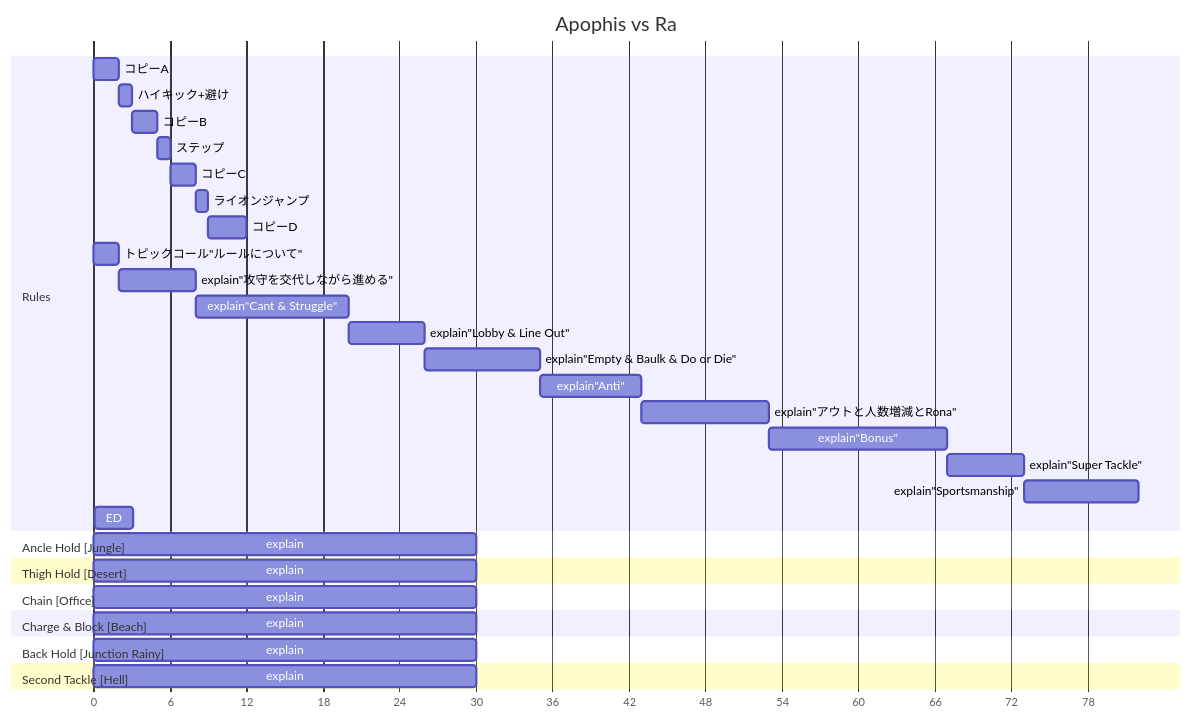
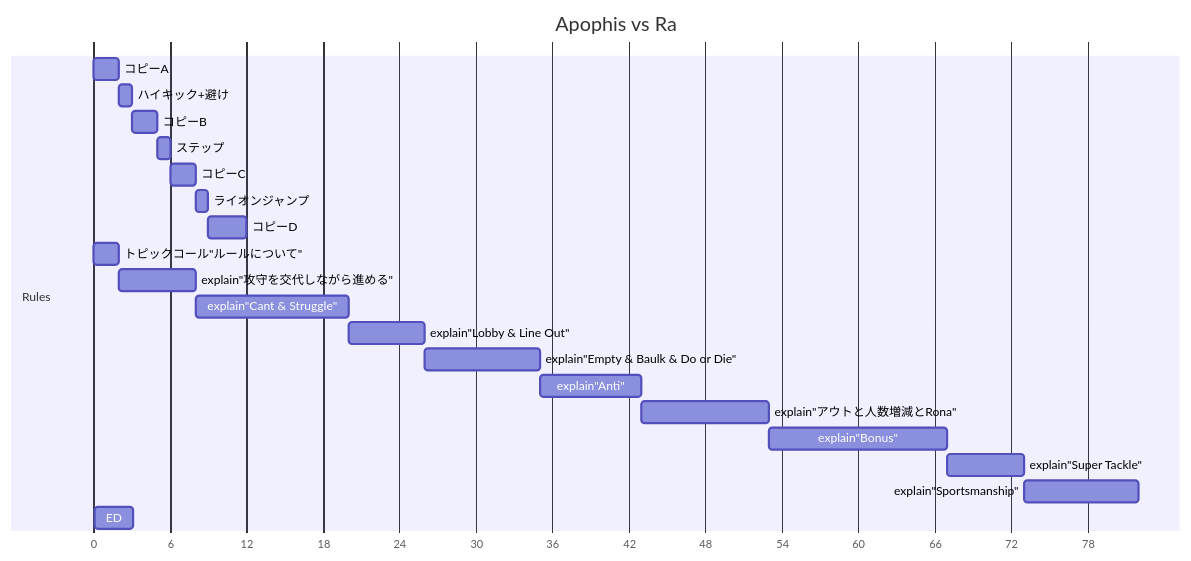
The first of 2 diagrams in README.md (4hoe8pow/Ancient), drawn with Mermaid before and after one commit. The commit also changed other lines of this file, not shown here.

````diff
--- a/README.md
+++ b/README.md
@@ -5,45 +5,31 @@
 ```mermaid
 gantt
     dateFormat  X
     axisFormat  %s
     tickInterval 6second
     title      Apophis vs Ra
     %% Unified to 97 seconds in total
 
     %% To avoid wasting time on titles like "Episode x: △△", use embedded objects in the opening scene for expression (it doesn't matter if it's unnoticed)
     %% ED === Next Episode Preview
 
     section Rules
     コピーA :e1, 0, 2s
     ハイキック+避け :e2, after e1, 1s
     コピーB : e3, after e2, 2s
     ステップ :e4, after e3, 1s
     コピーC : e5, after e4, 2s
     ライオンジャンプ :e6, after e5, 1s
     コピーD : e7, after e6, 3s
     トピックコール"ルールについて" : e8, 13, 2s
     explain"攻守を交代しながら進める" : e9, after e8, 6s
     explain"Cant & Struggle" : e10, after e9, 12s
     explain"Lobby & Line Out" : e11, after e10, 6s
     explain"Empty & Baulk & Do or Die" : e12, after e11, 9s
     explain"Anti" : e13, after e12, 8s
     explain"アウトと人数増減とRona" : e14, after e13, 10s
     explain"Bonus" : e15, after e14, 14s
     explain"Super Tackle" : e16, after e15, 6s
     explain"Sportsmanship" : e17, after e16, 9s
     ED              :97, 3s
-
-    section Ancle Hold [Jungle]
-    explain : 0,30s
-    section Thigh Hold [Desert]
-    explain : 0,30s
-    section Chain [Office]
-    explain : 0,30s
-    section Charge & Block [Beach]
-    explain : 0,30s
-    section Back Hold [Junction Rainy] 
-    explain : 0,30s
-    section Second Tackle [Hell]
-    explain : 0,30s
-
 ```
````
